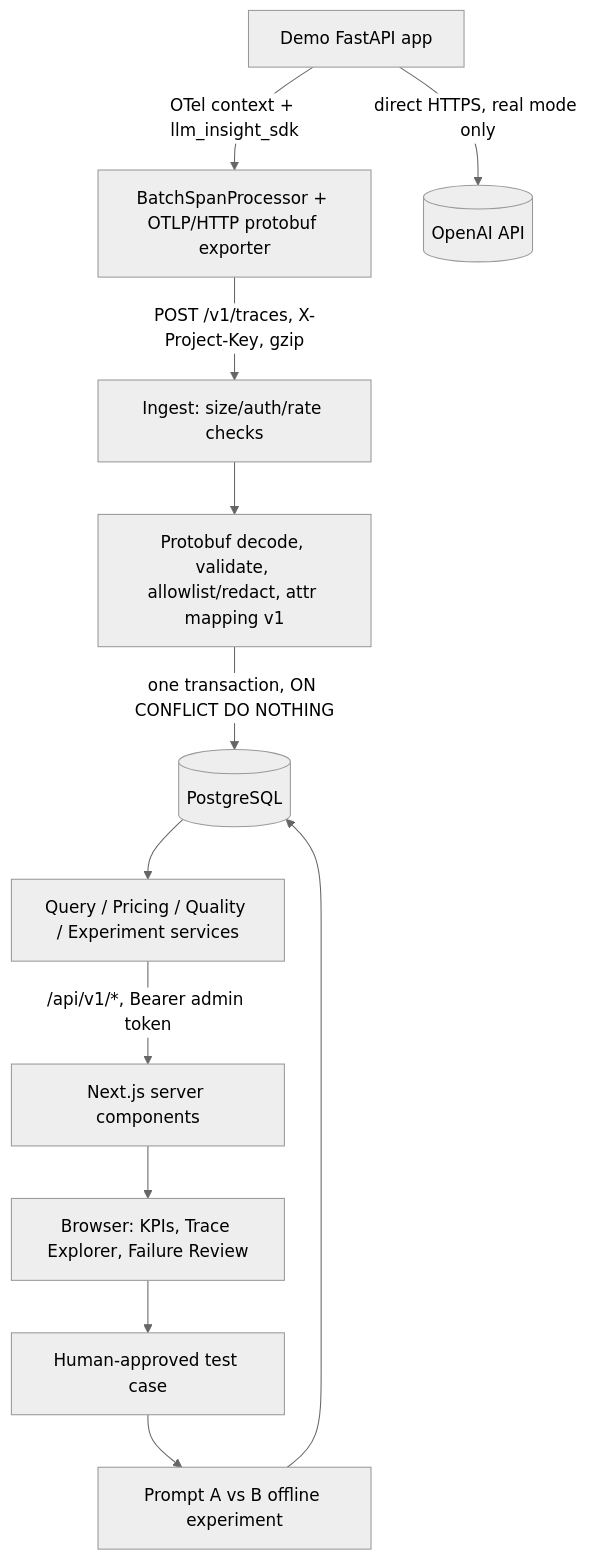
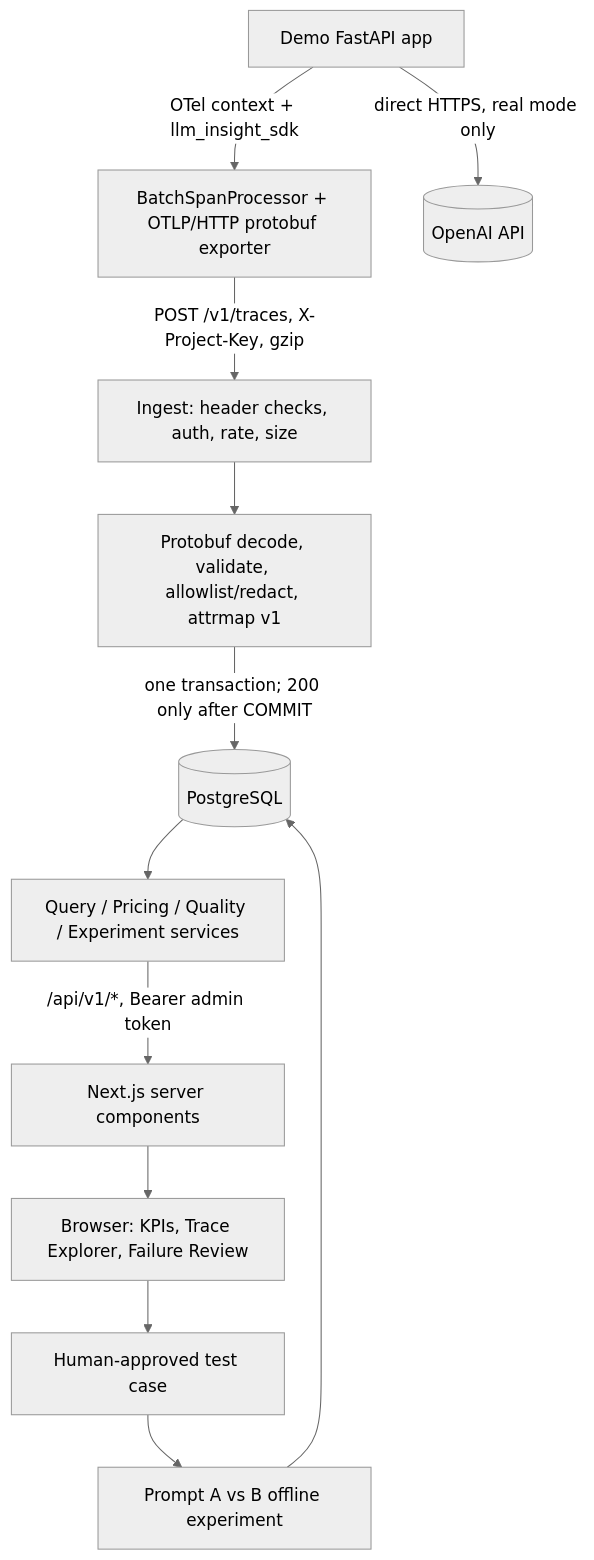
The first of 2 diagrams in docs/ARCHITECTURE.md (MuratElberKayaa/LLM-Insight), drawn with Mermaid (neutral theme) before and after one commit. The commit also changed other lines of this file and 13 other files, not shown here.

````diff
--- a/docs/ARCHITECTURE.md
+++ b/docs/ARCHITECTURE.md
@@ -19,14 +19,14 @@
 ```mermaid
 flowchart TB
     U[Demo FastAPI app] -->|OTel context + llm_insight_sdk| X[BatchSpanProcessor + OTLP/HTTP protobuf exporter]
     U -->|direct HTTPS, real mode only| O[(OpenAI API)]
-    X -->|POST /v1/traces, X-Project-Key, gzip| A[Ingest: size/auth/rate checks]
-    A --> B[Protobuf decode, validate, allowlist/redact, attr mapping v1]
-    B -->|one transaction, ON CONFLICT DO NOTHING| C[(PostgreSQL)]
+    X -->|POST /v1/traces, X-Project-Key, gzip| A[Ingest: header checks, auth, rate, size]
+    A --> B[Protobuf decode, validate, allowlist/redact, attrmap v1]
+    B -->|one transaction; 200 only after COMMIT| C[(PostgreSQL)]
     C --> D[Query / Pricing / Quality / Experiment services]
     D -->|/api/v1/*, Bearer admin token| E[Next.js server components]
     E --> F[Browser: KPIs, Trace Explorer, Failure Review]
     F --> G[Human-approved test case]
     G --> H[Prompt A vs B offline experiment]
     H --> C
 ```
````
